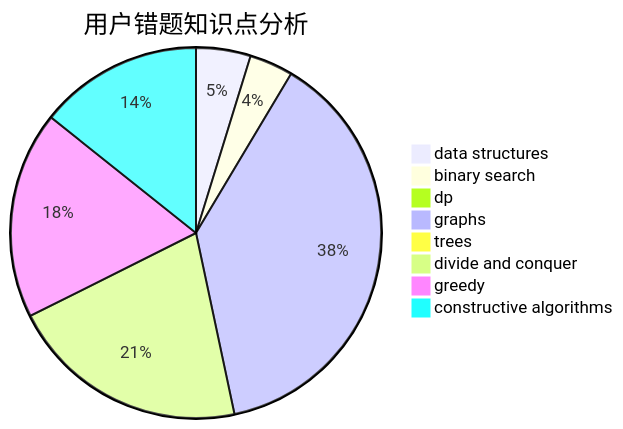
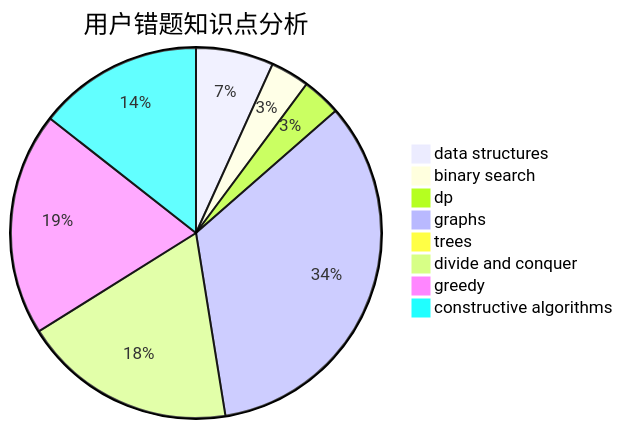
The third of 3 diagrams in docs/user/u1460.md (sherpahu/cfrs.github.io), drawn with Mermaid before and after one commit. The commit also changed other lines of this file and 2770 other files, not shown here.

````diff
--- a/docs/user/u1460.md
+++ b/docs/user/u1460.md
@@ -36,11 +36,11 @@
 ```mermaid
 pie title 用户错题知识点分析
-    "data structures" :  5
+    "data structures" :  8
     "binary search" :  4
-    "dp" :  0
+    "dp" :  4
     "graphs" :  40
     "trees" :  1
     "divide and conquer" :  22
-    "greedy" :  19
-    "constructive algorithms" :  15
+    "greedy" :  23
+    "constructive algorithms" :  17
 ```
````
